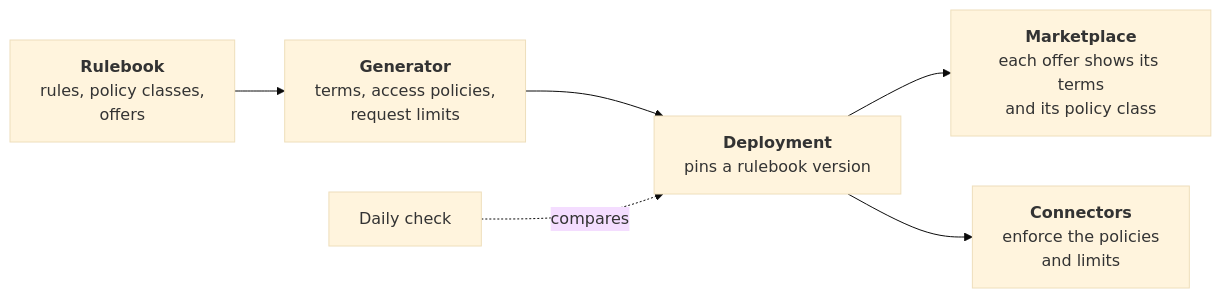
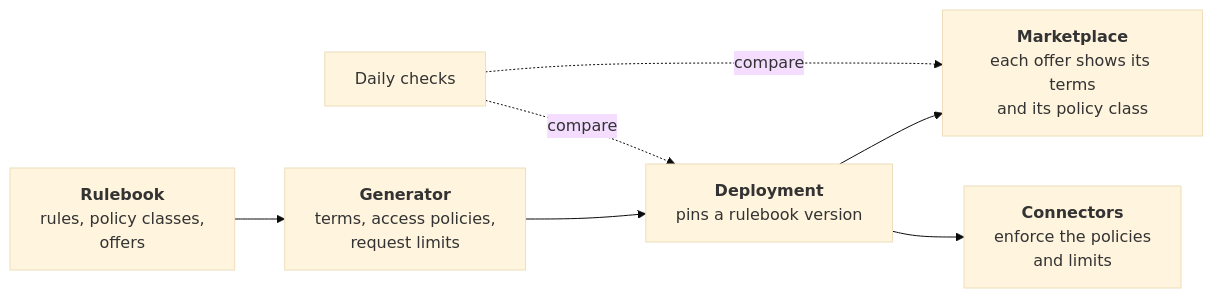
Before and after one commit to CitComAI-Hub/CitComAI-Hub.github.io: the diagram in docs/data_spaces/rulebook.md, drawn with Mermaid (base theme). The commit also changed other lines of this file, not shown here.

Commit message:
docs(rulebook): marketplace offers badge (daily audit of every published offer)

````diff
--- a/docs/data_spaces/rulebook.md
+++ b/docs/data_spaces/rulebook.md
@@ -38,12 +39,13 @@
 ```mermaid
 flowchart LR
     RB["<b>Rulebook</b><br/>rules, policy classes,<br/>offers"]
     GEN["<b>Generator</b><br/>terms, access policies,<br/>request limits"]
     DEP["<b>Deployment</b><br/>pins a rulebook version"]
     MK["<b>Marketplace</b><br/>each offer shows its terms<br/>and its policy class"]
     CON["<b>Connectors</b><br/>enforce the policies<br/>and limits"]
     RB --> GEN --> DEP
     DEP --> MK
     DEP --> CON
-    CHK["Daily check"] -. compares .-> DEP
+    CHK["Daily checks"] -. compare .-> DEP
+    CHK -. compare .-> MK
 ```
````
